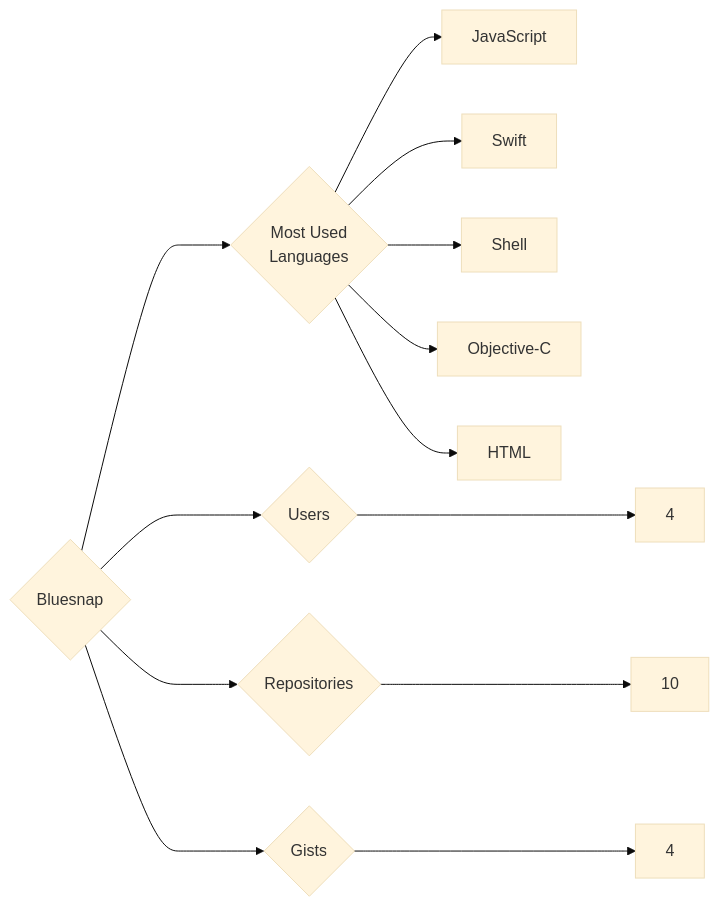
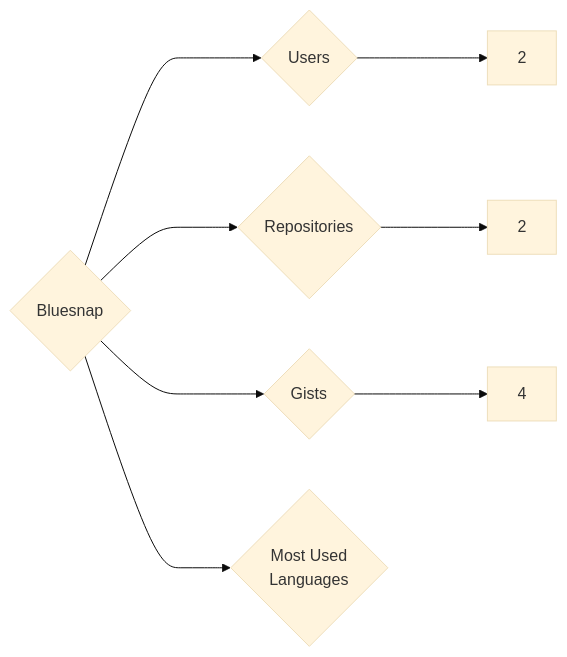
Before and after one commit to trickest/insiders: the diagram in targets/Bluesnap/README.md, drawn with Mermaid (base theme). The commit also changed 880 other files, not shown here.

````diff
--- a/targets/Bluesnap/README.md
+++ b/targets/Bluesnap/README.md
@@ -3,13 +3,8 @@
 ```mermaid
 graph LR
 COMPANY_NAME{Bluesnap}
-COMPANY_NAME ---> U{Users} ---> UN[4]
-COMPANY_NAME ---> R{Repositories} ---> RN[10]
+COMPANY_NAME ---> U{Users} ---> UN[2]
+COMPANY_NAME ---> R{Repositories} ---> RN[2]
 COMPANY_NAME ---> G{Gists} ---> GN[4]
 COMPANY_NAME ---> ML{Most Used<br>Languages}
-ML --> JavaScript[JavaScript]
-ML --> Swift[Swift]
-ML --> Shell[Shell]
-ML --> Objective-C[Objective-C]
-ML --> HTML[HTML]
 ```
````
